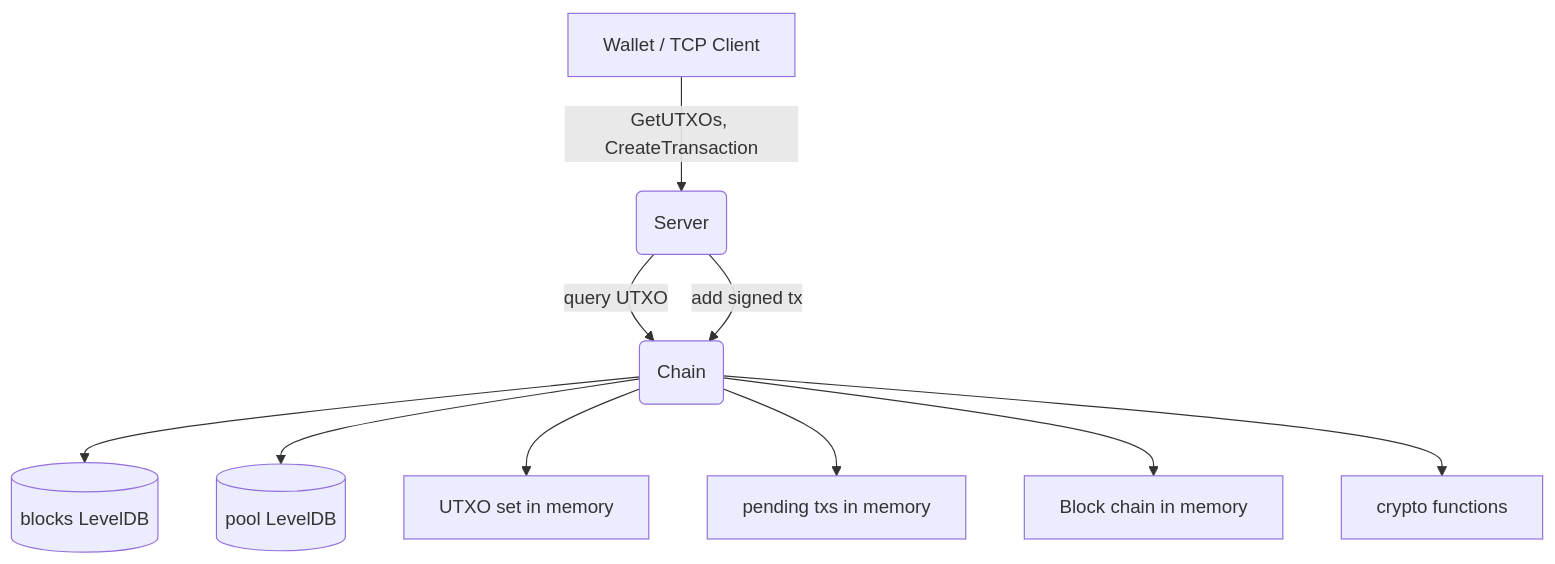
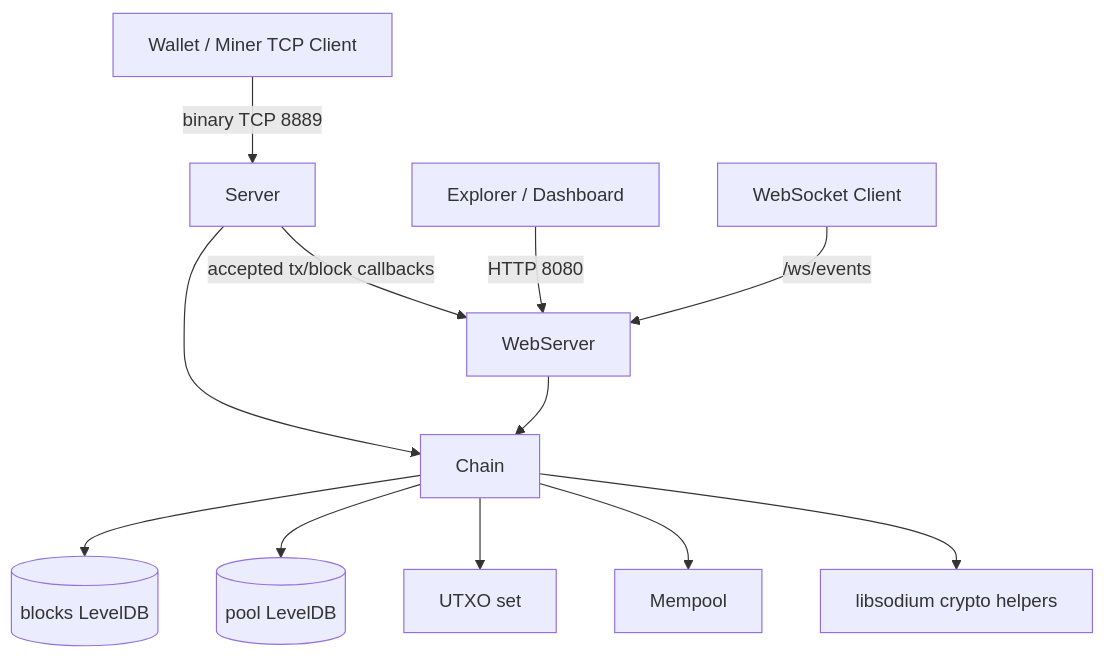
The diagram in README.md (shaikali-c/a_blockchain), drawn with Mermaid before and after one commit. The commit also changed other lines of this file and 52 other files, not shown here.

````diff
--- a/README.md
+++ b/README.md
@@ -87,12 +79,14 @@
 ```mermaid
 graph TD
-    A[Wallet / TCP Client] -->|GetUTXOs, CreateTransaction| B(Server)
-    B -->|query UTXO| C(Chain)
-    B -->|add signed tx| C
-    C --> D[(blocks LevelDB)]
-    C --> E[(pool LevelDB)]
-    C --> F[UTXO set in memory]
-    C --> G[pending txs in memory]
-    C --> H[Block chain in memory]
-    C --> I[crypto functions]
+    Wallet[Wallet / Miner TCP Client] -->|binary TCP 8889| Server[Server]
+    Explorer[Explorer / Dashboard] -->|HTTP 8080| Web[WebServer]
+    Browser[WebSocket Client] -->|/ws/events| Web
+    Server --> Chain[Chain]
+    Web --> Chain
+    Chain --> Blocks[(blocks LevelDB)]
+    Chain --> Pool[(pool LevelDB)]
+    Chain --> UTXO[UTXO set]
+    Chain --> Mempool[Mempool]
+    Chain --> Crypto[libsodium crypto helpers]
+    Server -->|accepted tx/block callbacks| Web
 ```
````
